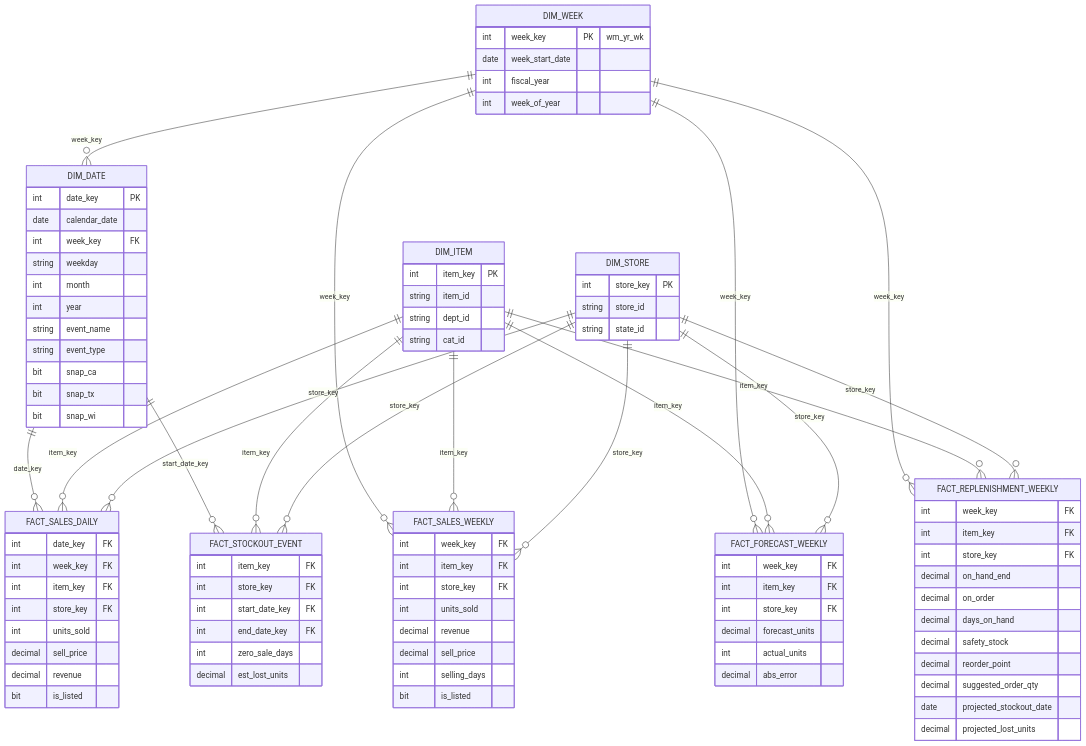
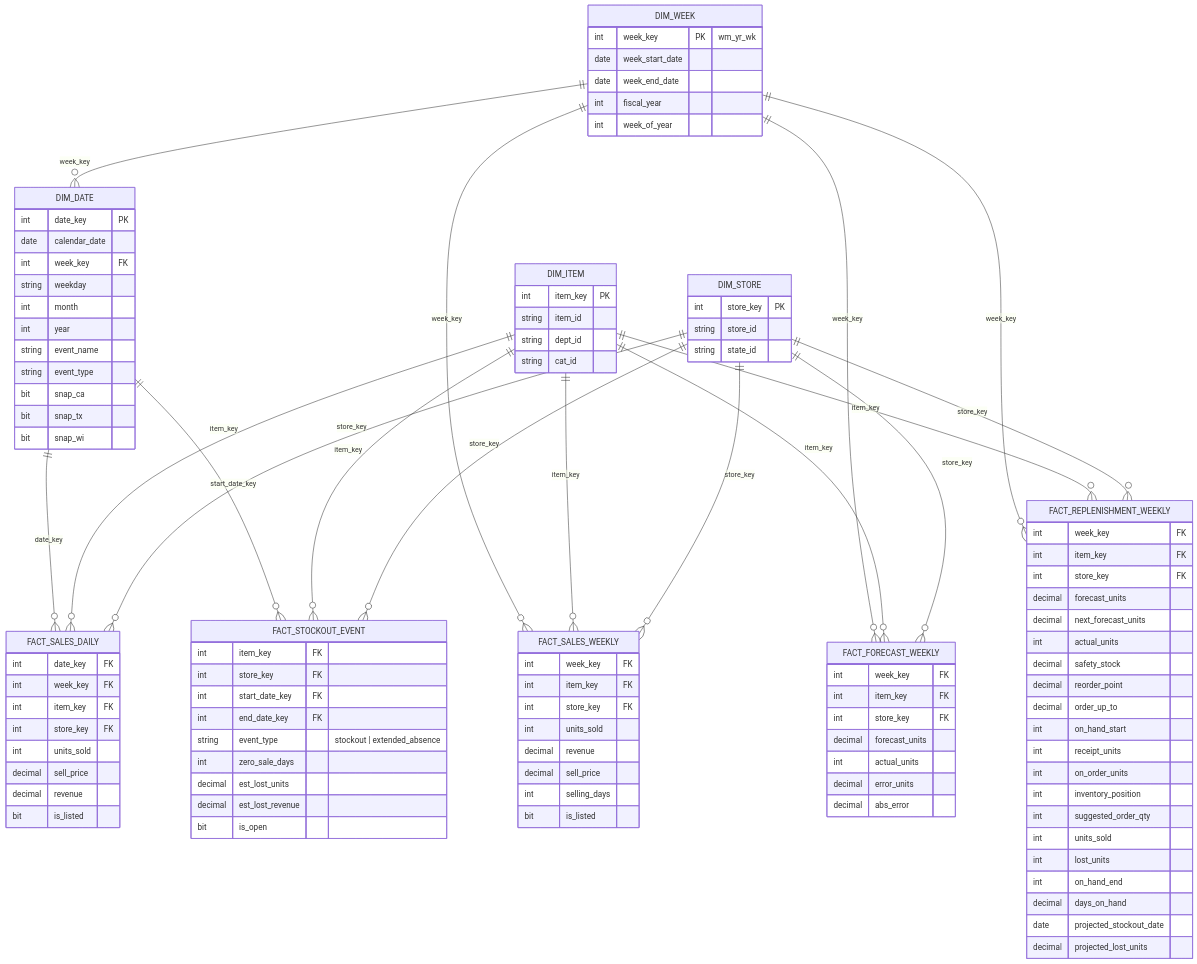
Before and after one commit to ghudes/m5-retail-replenishment: the diagram in README.md, drawn with Mermaid. The commit also changed other lines of this file, not shown here.

Commit message:
README: document the forecast, stockouts, simulation, and validation results

````diff
--- a/README.md
+++ b/README.md
@@ -110,6 +117,7 @@
     DIM_WEEK {
         int week_key PK "wm_yr_wk"
         date week_start_date
+        date week_end_date
         int fiscal_year
         int week_of_year
     }
@@ -150,18 +158,28 @@
         int store_key FK
         decimal forecast_units
         int actual_units
+        decimal error_units
         decimal abs_error
     }
     FACT_REPLENISHMENT_WEEKLY {
         int week_key FK
         int item_key FK
         int store_key FK
-        decimal on_hand_end
-        decimal on_order
-        decimal days_on_hand
+        decimal forecast_units
+        decimal next_forecast_units
+        int actual_units
         decimal safety_stock
         decimal reorder_point
-        decimal suggested_order_qty
+        decimal order_up_to
+        int on_hand_start
+        int receipt_units
+        int on_order_units
+        int inventory_position
+        int suggested_order_qty
+        int units_sold
+        int lost_units
+        int on_hand_end
+        decimal days_on_hand
         date projected_stockout_date
         decimal projected_lost_units
     }
@@ -170,7 +188,10 @@
         int store_key FK
         int start_date_key FK
         int end_date_key FK
+        string event_type "stockout | extended_absence"
         int zero_sale_days
         decimal est_lost_units
+        decimal est_lost_revenue
+        bit is_open
     }
 ```
````
